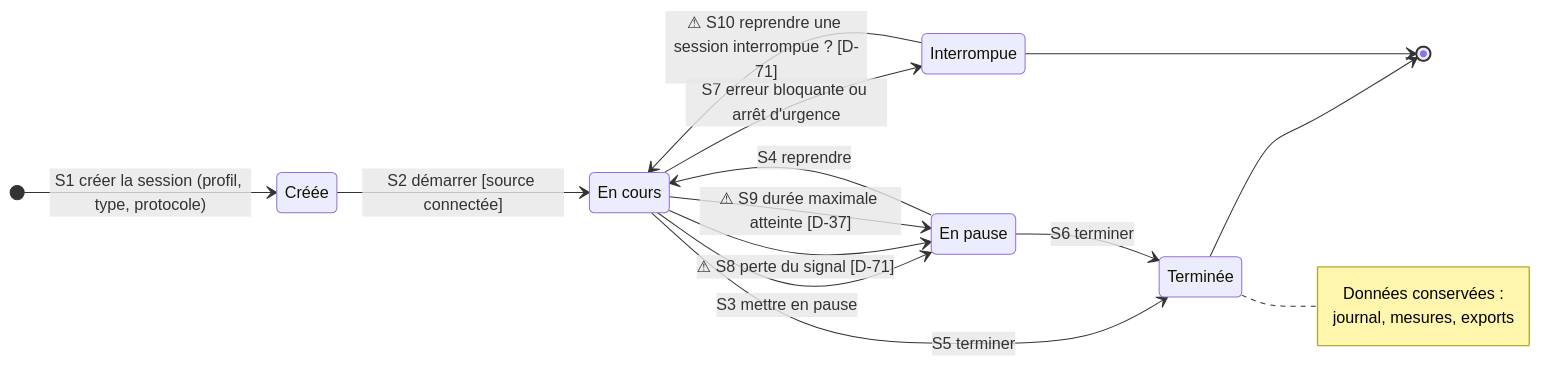
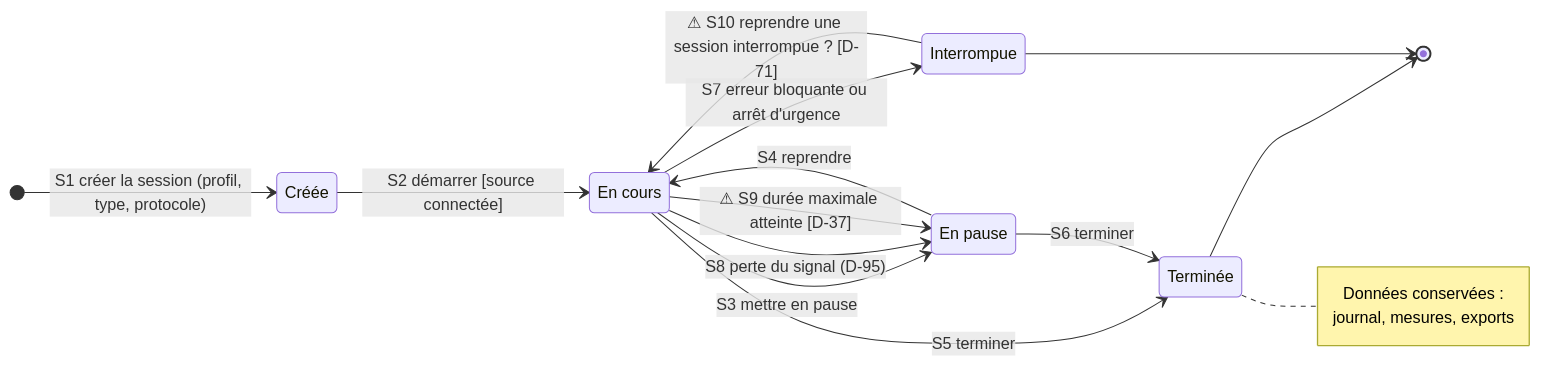
One commit to eloge9/CortexOS-IA changed the third of 5 diagrams in docs/diagrammes/diag-05-etats-transitions.md. Above: the diagram before and after it, drawn with Mermaid. The commit also changed other lines of this file and 17 other files, not shown here.

````diff
--- a/docs/diagrammes/diag-05-etats-transitions.md
+++ b/docs/diagrammes/diag-05-etats-transitions.md
@@ -164,27 +164,27 @@
 ```mermaid
 stateDiagram-v2
     direction LR
     state "Créée" as Creee
     state "En cours" as EnCours
     state "En pause" as EnPause
     state "Terminée" as Terminee
     state "Interrompue" as Interrompue
 
     [*] --> Creee : S1 créer la session (profil, type, protocole)
     Creee --> EnCours : S2 démarrer [source connectée]
     EnCours --> EnPause : S3 mettre en pause
     EnPause --> EnCours : S4 reprendre
     EnCours --> Terminee : S5 terminer
     EnPause --> Terminee : S6 terminer
     EnCours --> Interrompue : S7 erreur bloquante ou arrêt d'urgence
-    EnCours --> EnPause : ⚠ S8 perte du signal [D-71]
+    EnCours --> EnPause : S8 perte du signal (D-95)
     EnCours --> EnPause : ⚠ S9 durée maximale atteinte [D-37]
     Interrompue --> EnCours : ⚠ S10 reprendre une session interrompue ? [D-71]
     Terminee --> [*]
     Interrompue --> [*]
 
     note right of Terminee
         Données conservées :
         journal, mesures, exports
     end note
 ```
````
